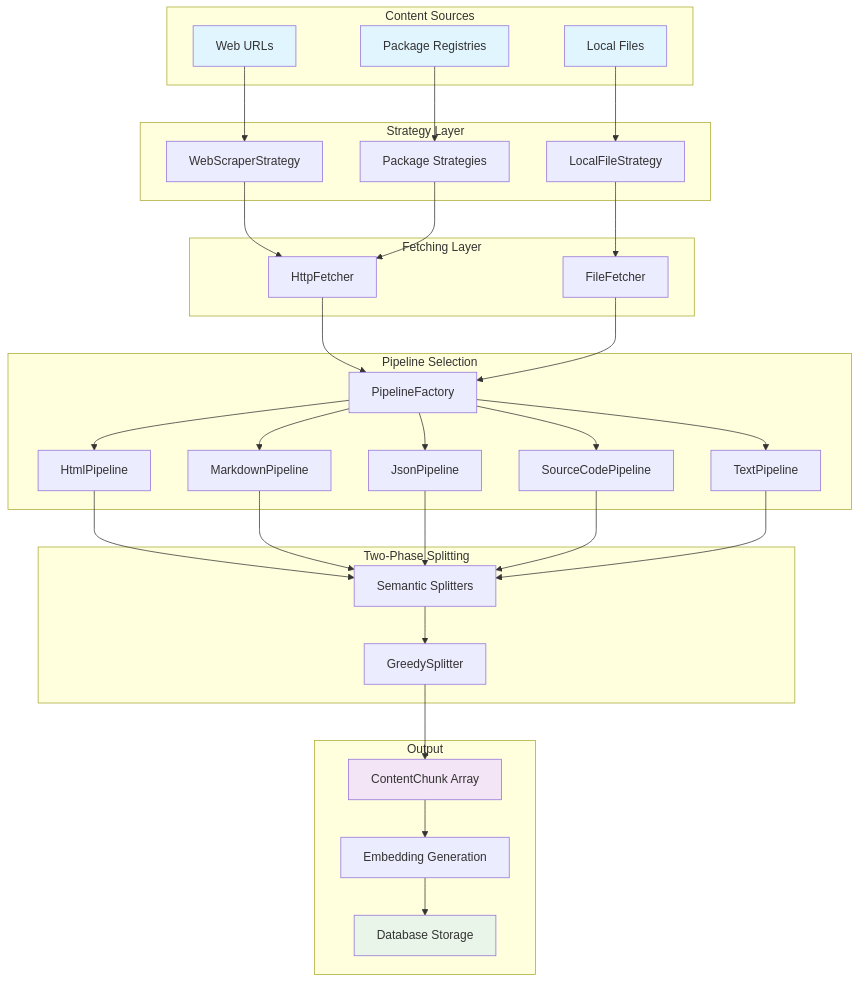
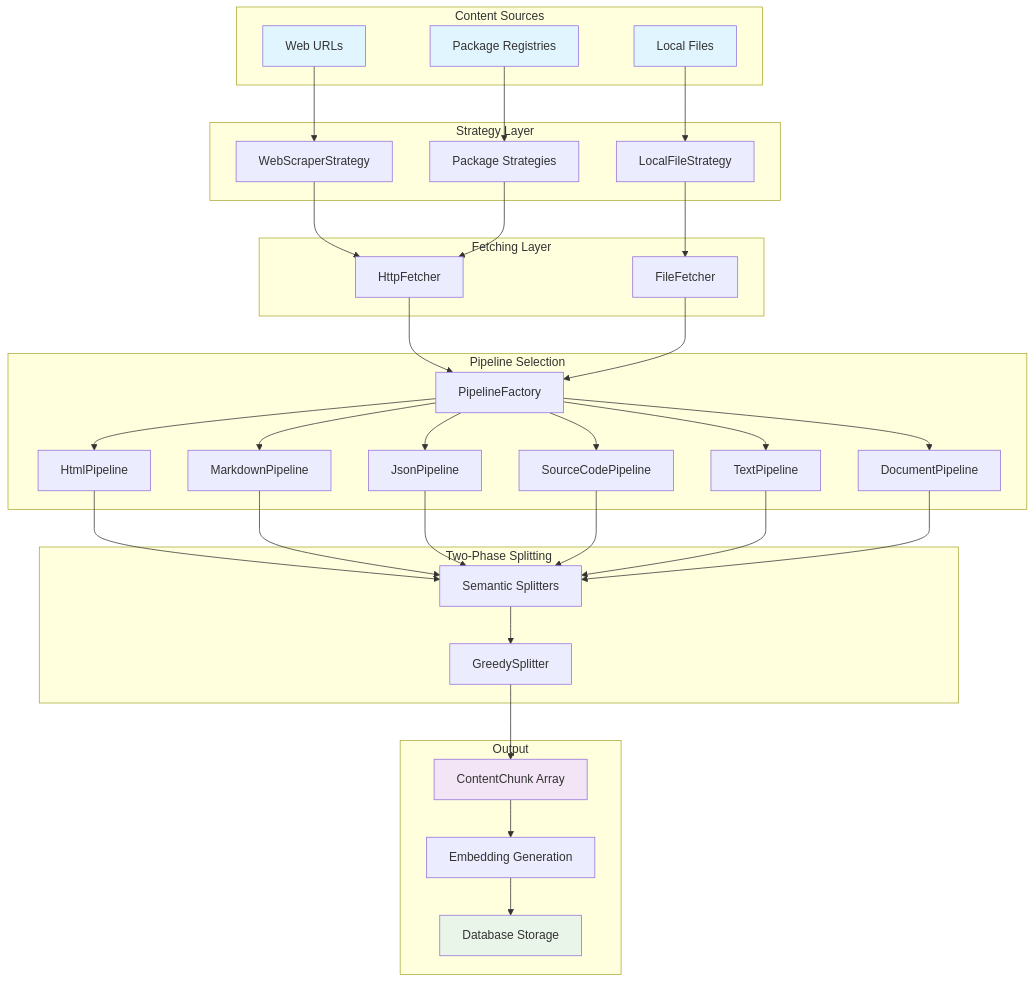
Before and after one commit to arabold/docs-mcp-server: the second of 3 diagrams in docs/concepts/content-processing.md, drawn with Mermaid. The commit also changed other lines of this file and 21 other files, not shown here.

````diff
--- a/docs/concepts/content-processing.md
+++ b/docs/concepts/content-processing.md
@@ -138,73 +139,76 @@
 ```mermaid
 graph TD
     subgraph "Content Sources"
         A1[Web URLs]
         A2[Local Files]
         A3[Package Registries]
     end
 
     subgraph "Strategy Layer"
         B1[WebScraperStrategy]
         B2[LocalFileStrategy]
         B3[Package Strategies]
     end
 
     subgraph "Fetching Layer"
         C1[HttpFetcher]
         C2[FileFetcher]
     end
 
     subgraph "Pipeline Selection"
         D[PipelineFactory]
         E1[HtmlPipeline]
         E2[MarkdownPipeline]
         E3[JsonPipeline]
         E4[SourceCodePipeline]
         E5[TextPipeline]
+        E6[DocumentPipeline]
     end
 
     subgraph "Two-Phase Splitting"
         F1[Semantic Splitters]
         F2[GreedySplitter]
     end
 
     subgraph "Output"
         G[ContentChunk Array]
         H[Embedding Generation]
         I[Database Storage]
     end
 
     A1 --> B1
     A2 --> B2
     A3 --> B3
 
     B1 --> C1
     B2 --> C2
     B3 --> C1
 
     C1 --> D
     C2 --> D
 
     D --> E1
     D --> E2
     D --> E3
     D --> E4
     D --> E5
+    D --> E6
 
     E1 --> F1
     E2 --> F1
     E3 --> F1
     E4 --> F1
     E5 --> F1
+    E6 --> F1
 
     F1 --> F2
     F2 --> G
     G --> H
     H --> I
 
     style A1 fill:#e1f5fe
     style A2 fill:#e1f5fe
     style A3 fill:#e1f5fe
     style G fill:#f3e5f5
     style I fill:#e8f5e8
 ```
````
